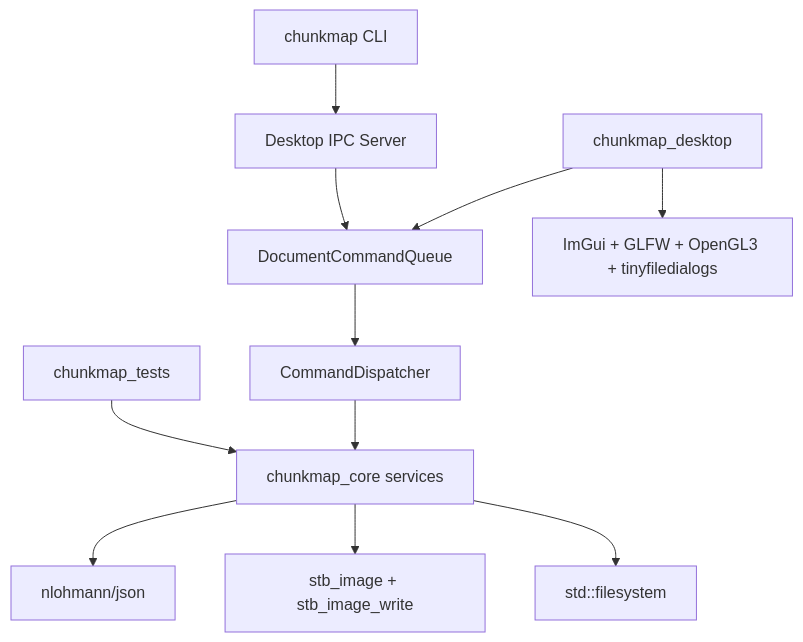
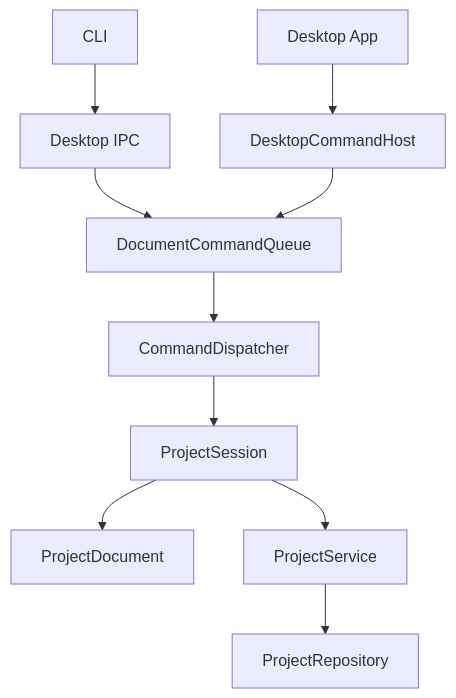
One commit to zpt0219/chunkmap-studio changed the diagram in docs/CODE_ARCHITECTURE_DESIGN.md. Above: the diagram before and after it, drawn with Mermaid. The commit also changed other lines of this file and 47 other files, not shown here.

Commit message:
refactor: remove image registration system and streamline project service chunk import interface

````diff
--- a/docs/CODE_ARCHITECTURE_DESIGN.md
+++ b/docs/CODE_ARCHITECTURE_DESIGN.md
@@ -165,13 +19,12 @@
 ```mermaid
 flowchart TD
-    Desktop["chunkmap_desktop"] --> Queue["DocumentCommandQueue"]
-    CLI["chunkmap CLI"] --> IPC["Desktop IPC Server"]
-    IPC --> Queue
+    UI["Desktop App"] --> Host["DesktopCommandHost"]
+    CLI["CLI"] --> IPC["Desktop IPC"]
+    IPC --> Queue["DocumentCommandQueue"]
+    Host --> Queue
     Queue --> Dispatcher["CommandDispatcher"]
-    Dispatcher --> Core["chunkmap_core services"]
-    Tests["chunkmap_tests"] --> Core
-    Desktop --> ImGui["ImGui + GLFW + OpenGL3 + tinyfiledialogs"]
-    Core --> JSON["nlohmann/json"]
-    Core --> STB["stb_image + stb_image_write"]
-    Core --> FS["std::filesystem"]
+    Dispatcher --> Session["ProjectSession"]
+    Session --> Document["ProjectDocument"]
+    Session --> Service["ProjectService"]
+    Service --> Repository["ProjectRepository"]
 ```
````
